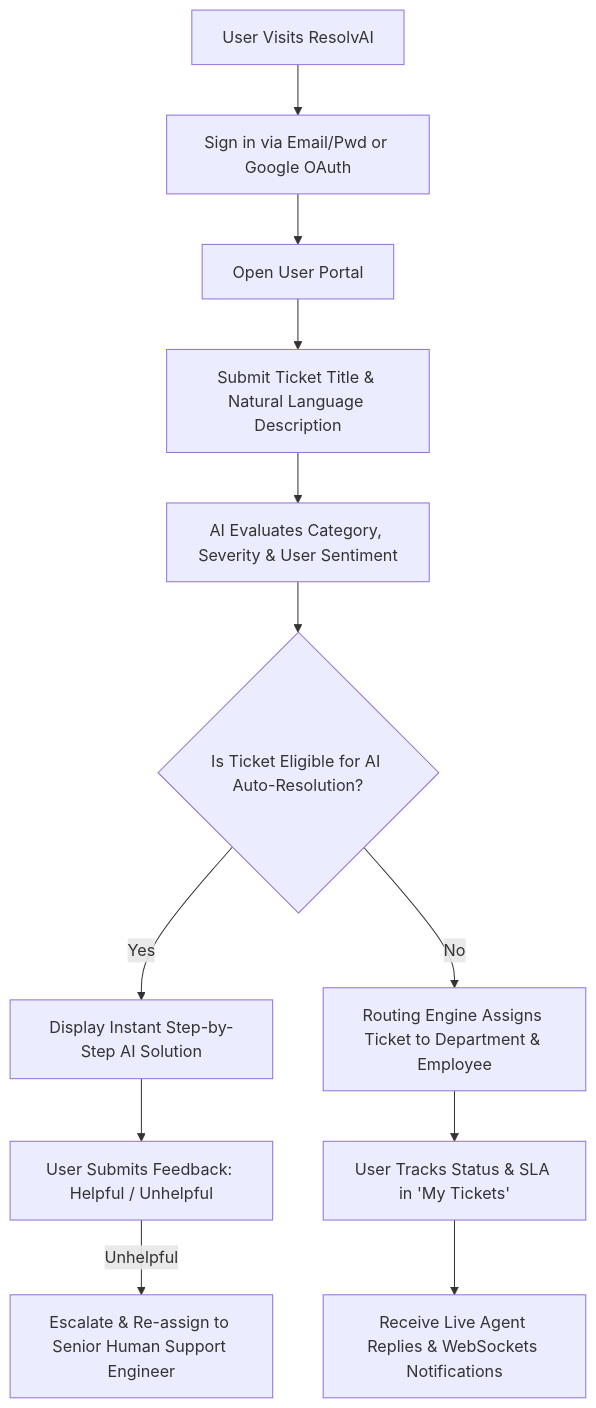
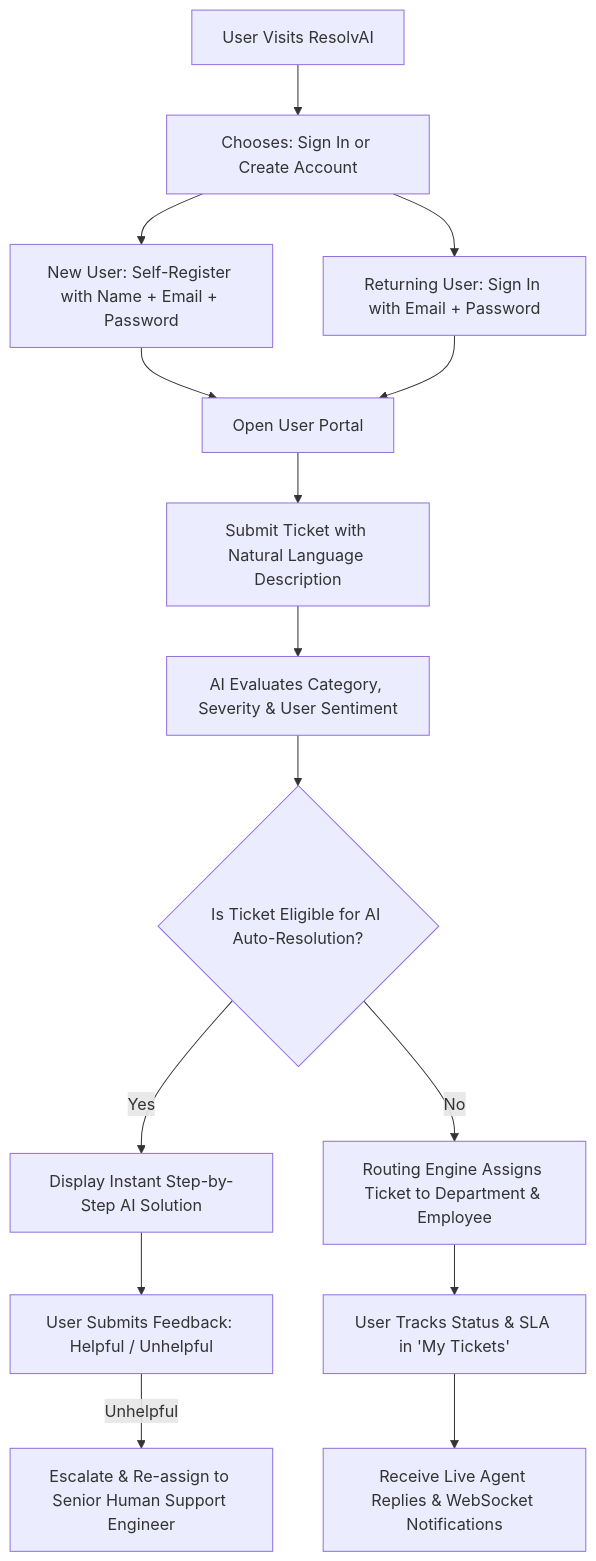
Before and after one commit to adit-syntax/ResolvAI: the first of 3 diagrams in ai-ticketing-system/README.md, drawn with Mermaid. The commit also changed other lines of this file and 7 other files, not shown here.

First line of the commit message:
feat: real Google OAuth + clean access control

````diff
--- a/ai-ticketing-system/README.md
+++ b/ai-ticketing-system/README.md
@@ -50,14 +50,17 @@
 ```mermaid
 graph TD
-    A[User Visits ResolvAI] --> B[Sign in via Email/Pwd or Google OAuth]
-    B --> C[Open User Portal]
-    C --> D[Submit Ticket Title & Natural Language Description]
+    A[User Visits ResolvAI] --> B[Chooses: Sign In or Create Account]
+    B --> REG[New User: Self-Register with Name + Email + Password]
+    B --> LOGIN[Returning User: Sign In with Email + Password]
+    REG --> C[Open User Portal]
+    LOGIN --> C
+    C --> D[Submit Ticket with Natural Language Description]
     D --> E[AI Evaluates Category, Severity & User Sentiment]
     E --> F{Is Ticket Eligible for AI Auto-Resolution?}
     F -- Yes --> G[Display Instant Step-by-Step AI Solution]
     G --> H[User Submits Feedback: Helpful / Unhelpful]
     H -- Unhelpful --> I[Escalate & Re-assign to Senior Human Support Engineer]
     F -- No --> J[Routing Engine Assigns Ticket to Department & Employee]
     J --> K[User Tracks Status & SLA in 'My Tickets']
-    K --> L[Receive Live Agent Replies & WebSockets Notifications]
+    K --> L[Receive Live Agent Replies & WebSocket Notifications]
 ```
````
